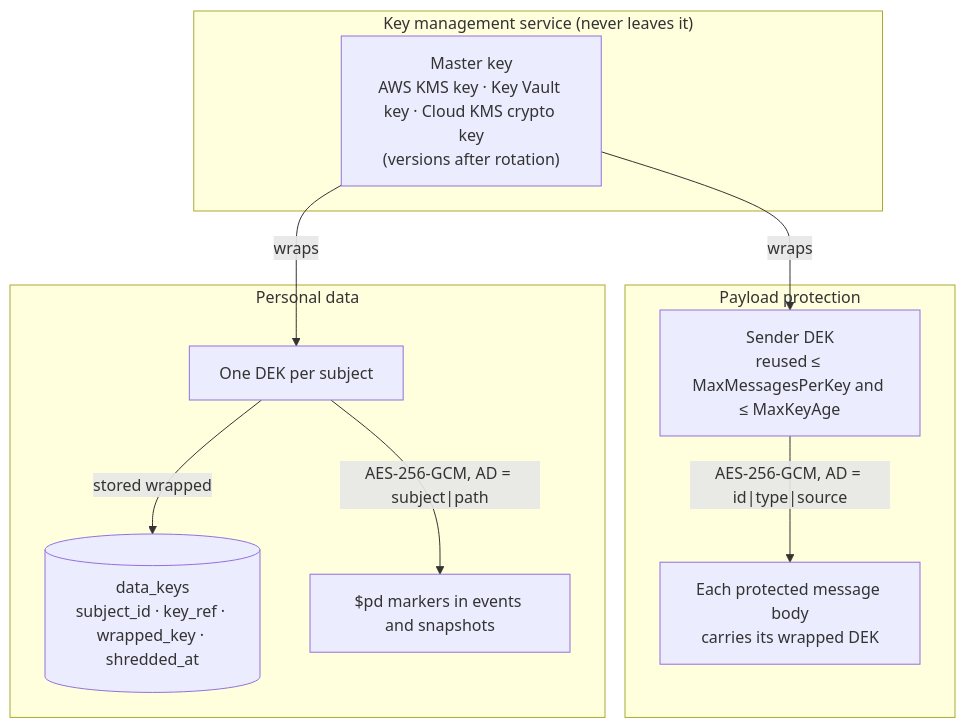
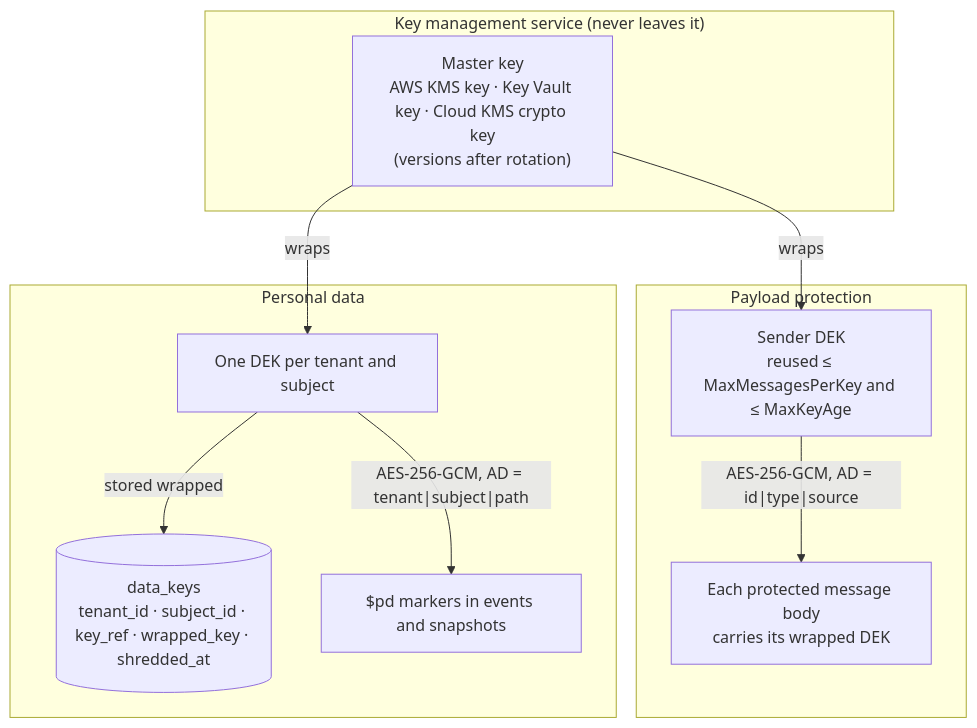
The first of 7 diagrams in docs/v3.0.0/Documentation/Architecture/10-Security-and-Multi-Tenancy.md (CodeShayk/SourceFlow.Net), drawn with Mermaid before and after one commit. The commit also changed other lines of this file and 47 other files, not shown here.

````diff
--- a/docs/v3.0.0/Documentation/Architecture/10-Security-and-Multi-Tenancy.md
+++ b/docs/v3.0.0/Documentation/Architecture/10-Security-and-Multi-Tenancy.md
@@ -72,20 +72,20 @@
 ```mermaid
 flowchart TB
     subgraph KMS["Key management service (never leaves it)"]
         MK["Master key<br/>AWS KMS key · Key Vault key · Cloud KMS crypto key<br/>(versions after rotation)"]
     end
     subgraph Payload["Payload protection"]
         PDEK["Sender DEK<br/>reused ≤ MaxMessagesPerKey and ≤ MaxKeyAge"]
         MSG["Each protected message body<br/>carries its wrapped DEK"]
     end
     subgraph Personal["Personal data"]
-        SDEK["One DEK per subject"]
-        DK[("data_keys<br/>subject_id · key_ref · wrapped_key · shredded_at")]
+        SDEK["One DEK per tenant and subject"]
+        DK[("data_keys<br/>tenant_id · subject_id · key_ref · wrapped_key · shredded_at")]
         PD["$pd markers in events and snapshots"]
     end
     MK -- wraps --> PDEK
     MK -- wraps --> SDEK
     PDEK -- AES-256-GCM, AD = id|type|source --> MSG
-    SDEK -- AES-256-GCM, AD = subject|path --> PD
+    SDEK -- AES-256-GCM, AD = tenant|subject|path --> PD
     SDEK -- stored wrapped --> DK
 ```
````
